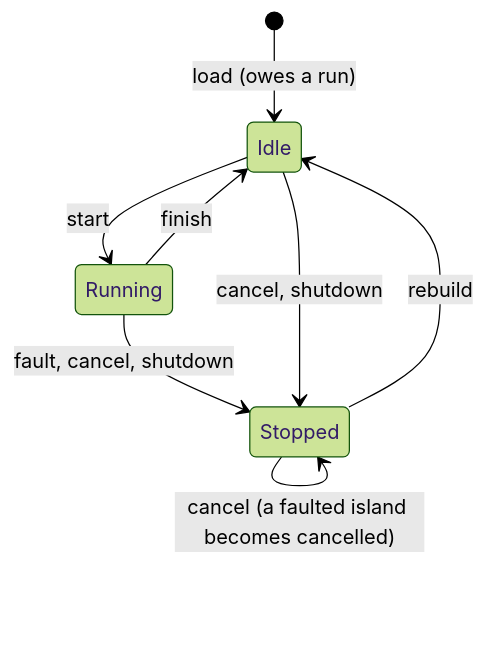
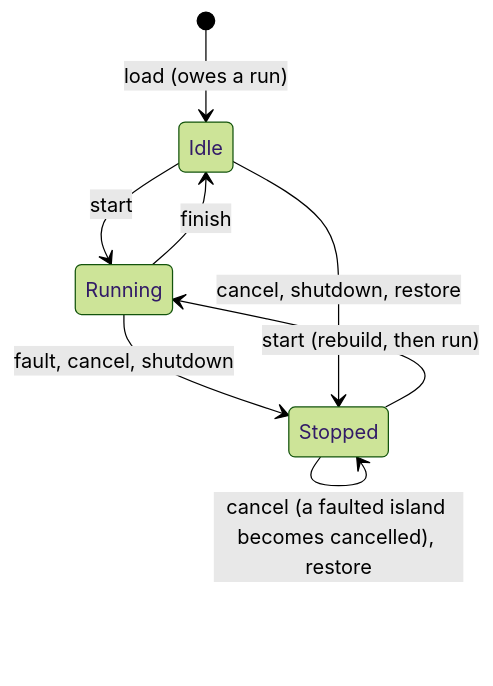
One commit to sansmoraxz/witgraph changed the diagram in README.md. Above: the diagram before and after it, drawn with Mermaid (forest theme). The commit also changed other lines of this file and 53 other files, not shown here.

````diff
--- a/README.md
+++ b/README.md
@@ -412,10 +590,10 @@
 ```mermaid
 stateDiagram-v2
     [*] --> Idle: load (owes a run)
     Idle --> Running: start
     Running --> Idle: finish
     Running --> Stopped: fault, cancel, shutdown
-    Idle --> Stopped: cancel, shutdown
-    Stopped --> Stopped: cancel (a faulted island becomes cancelled)
-    Stopped --> Idle: rebuild
+    Idle --> Stopped: cancel, shutdown, restore
+    Stopped --> Stopped: cancel (a faulted island becomes cancelled), restore
+    Stopped --> Running: start (rebuild, then run)
 ```
````
